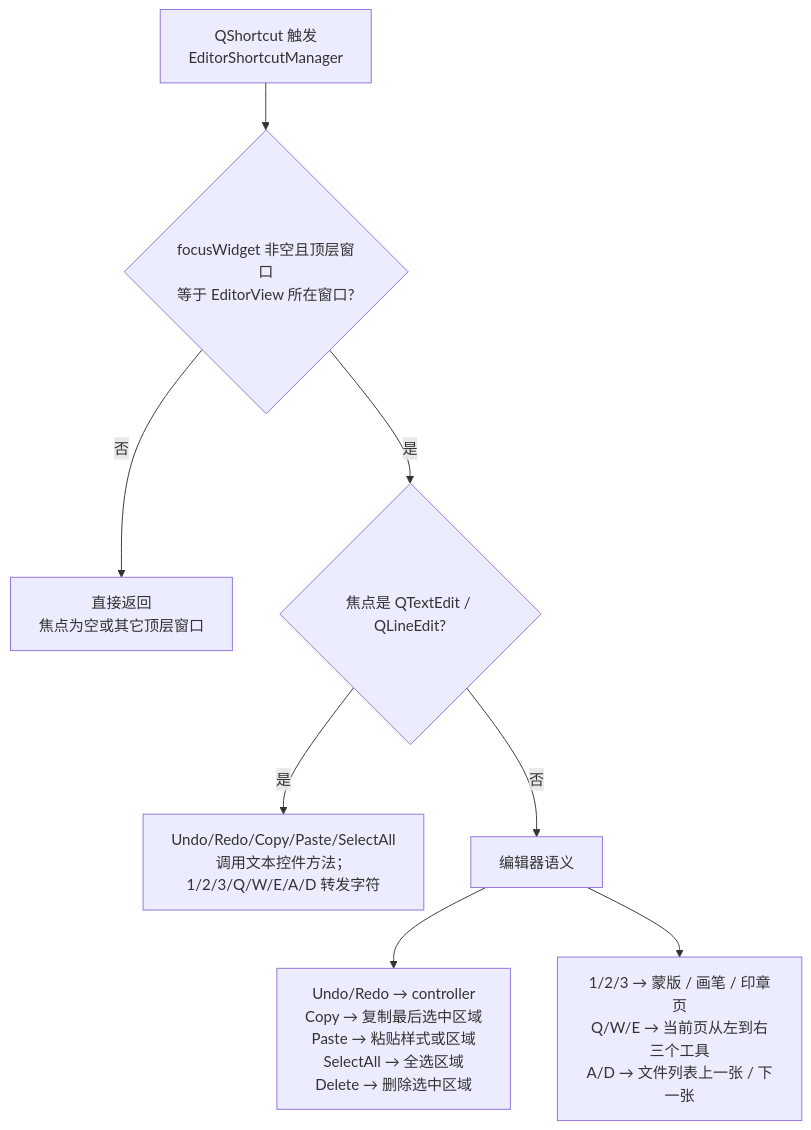
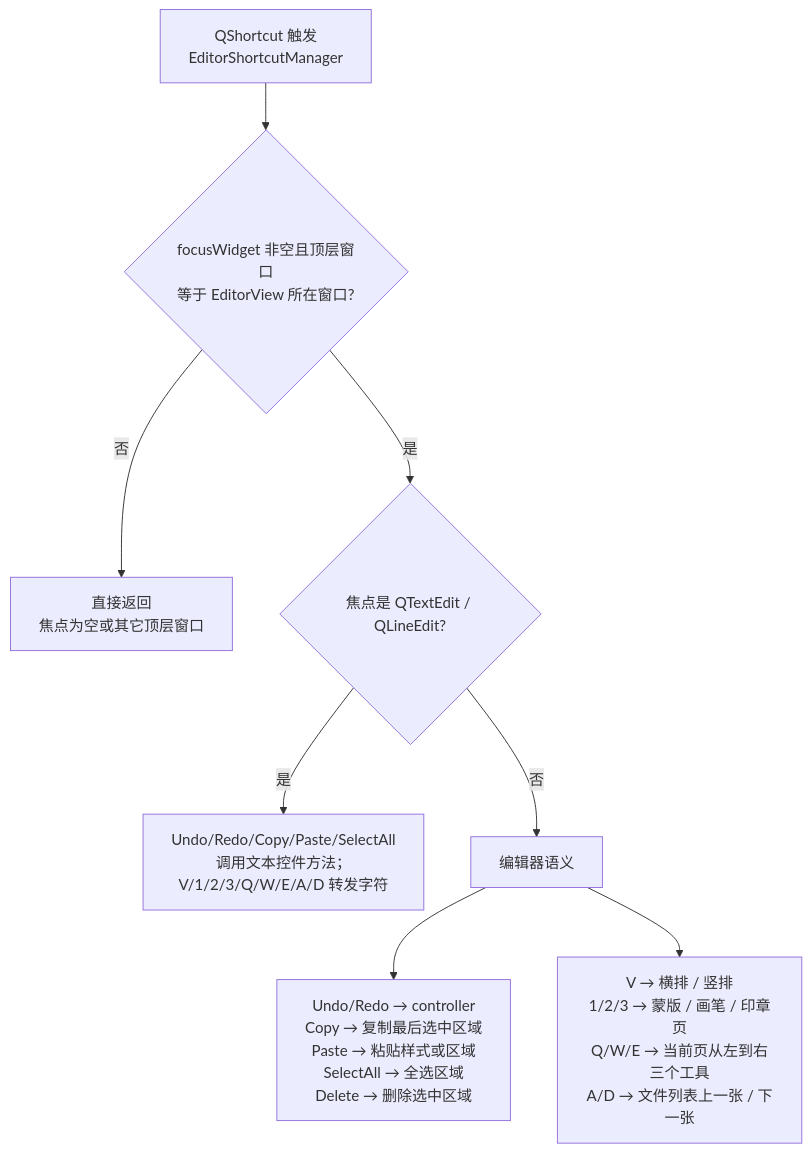
Before and after one commit to hgmzhn/manga-translator-ui: the first of 2 diagrams in doc/wiki/zh/desktop/editor/shortcuts.md, drawn with Mermaid. The commit also changed other lines of this file and 5 other files, not shown here.

````diff
--- a/doc/wiki/zh/desktop/editor/shortcuts.md
+++ b/doc/wiki/zh/desktop/editor/shortcuts.md
@@ -67,10 +68,10 @@
 ```mermaid
 flowchart TD
     A["QShortcut 触发<br/>EditorShortcutManager"] --> B{"focusWidget 非空且顶层窗口<br/>等于 EditorView 所在窗口?"}
     B -->|否| X["直接返回<br/>焦点为空或其它顶层窗口"]
     B -->|是| C{"焦点是 QTextEdit / QLineEdit?"}
-    C -->|是| D["Undo/Redo/Copy/Paste/SelectAll<br/>调用文本控件方法；1/2/3/Q/W/E/A/D 转发字符"]
+    C -->|是| D["Undo/Redo/Copy/Paste/SelectAll<br/>调用文本控件方法；V/1/2/3/Q/W/E/A/D 转发字符"]
     C -->|否| E["编辑器语义"]
     E --> E1["Undo/Redo → controller<br/>Copy → 复制最后选中区域<br/>Paste → 粘贴样式或区域<br/>SelectAll → 全选区域<br/>Delete → 删除选中区域"]
-    E --> E2["1/2/3 → 蒙版 / 画笔 / 印章页<br/>Q/W/E → 当前页从左到右三个工具<br/>A/D → 文件列表上一张 / 下一张"]
+    E --> E2["V → 横排 / 竖排<br/>1/2/3 → 蒙版 / 画笔 / 印章页<br/>Q/W/E → 当前页从左到右三个工具<br/>A/D → 文件列表上一张 / 下一张"]
 ```
````
